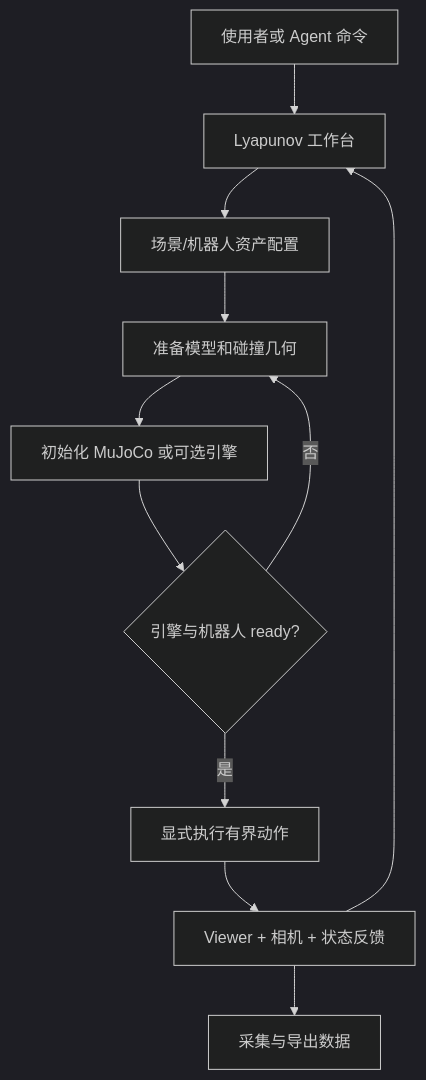
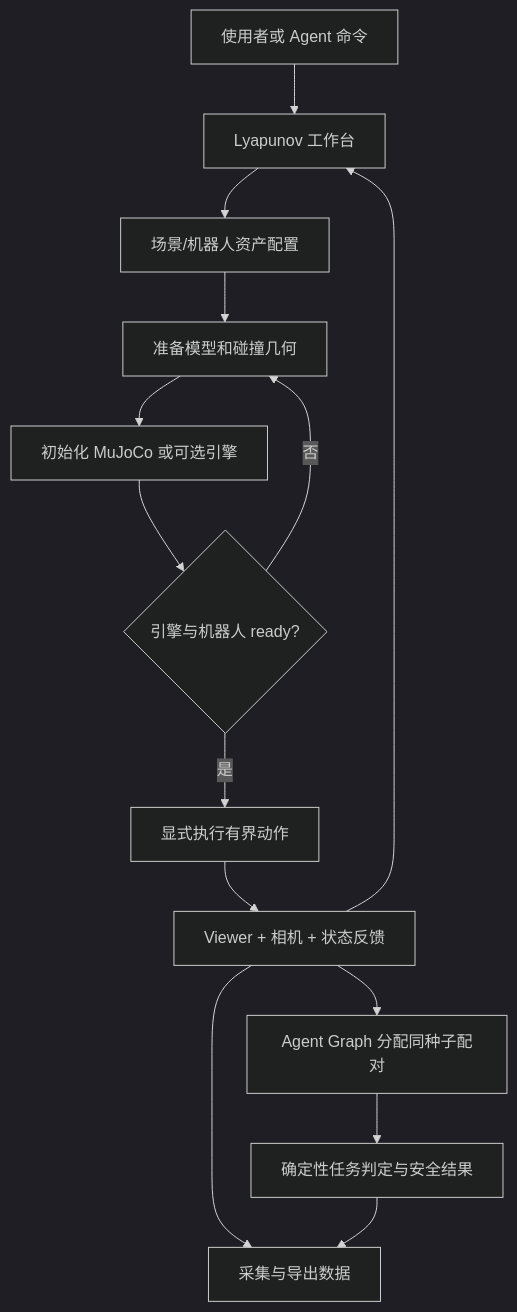
Before and after one commit to ImChong/Robotics_Notebooks: the first of 2 diagrams in wiki/entities/lyapunov-vorynel.md, drawn with Mermaid (dark theme). The commit also changed other lines of this file and 29 other files, not shown here.

````diff
--- a/wiki/entities/lyapunov-vorynel.md
+++ b/wiki/entities/lyapunov-vorynel.md
@@ -48,13 +56,16 @@
 ```mermaid
 flowchart TD
   U["使用者或 Agent 命令"] --> WS["Lyapunov 工作台"]
   WS --> SC["场景/机器人资产配置"]
   SC --> PREP["准备模型和碰撞几何"]
   PREP --> ENG["初始化 MuJoCo 或可选引擎"]
   ENG --> READY{"引擎与机器人 ready?"}
   READY -->|否| PREP
   READY -->|是| ACT["显式执行有界动作"]
   ACT --> OBS["Viewer + 相机 + 状态反馈"]
   OBS --> CAP["采集与导出数据"]
+  OBS --> AG["Agent Graph 分配同种子配对"]
+  AG --> CHECK["确定性任务判定与安全结果"]
+  CHECK --> CAP
   OBS --> WS
 ```
````
